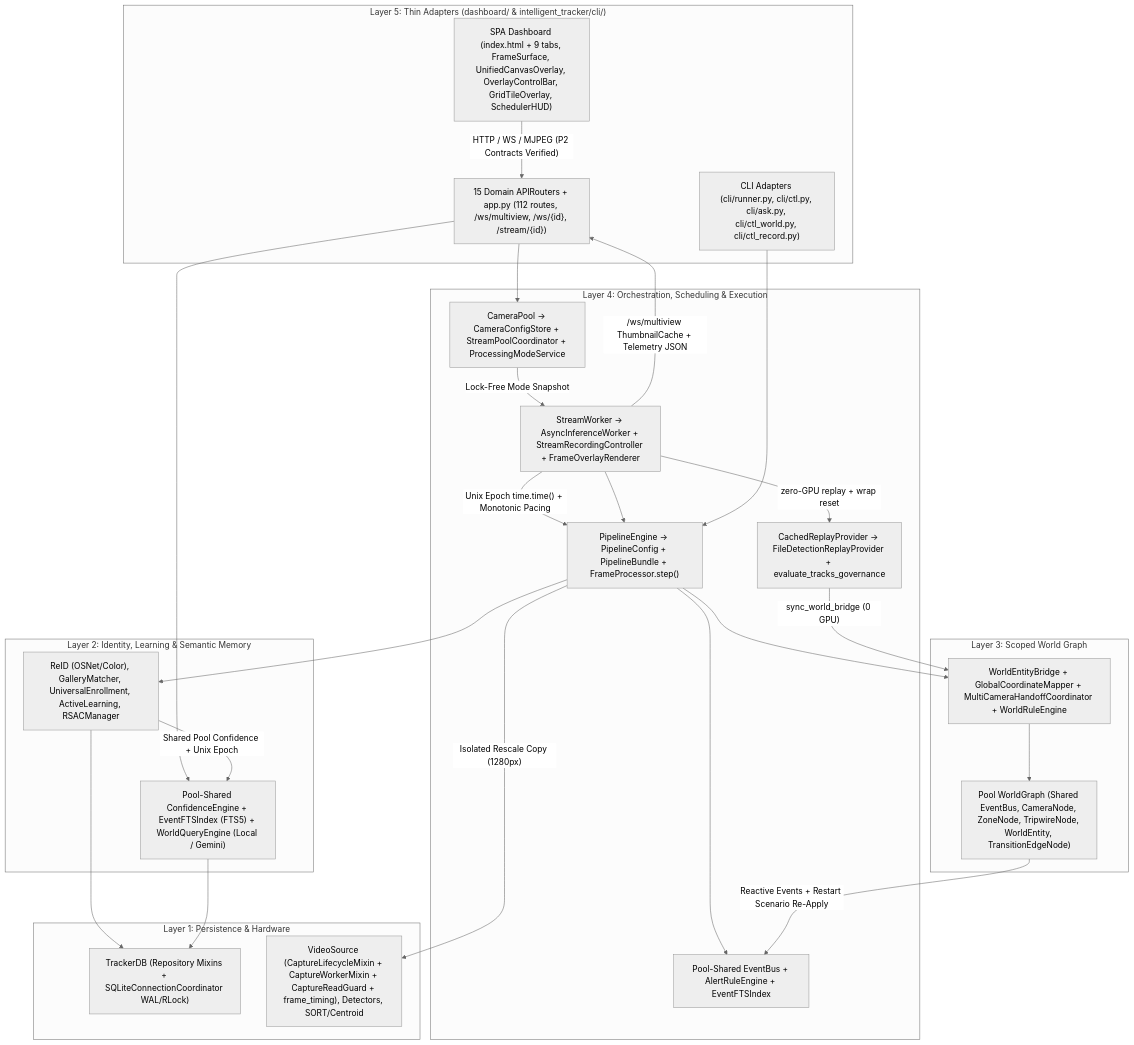
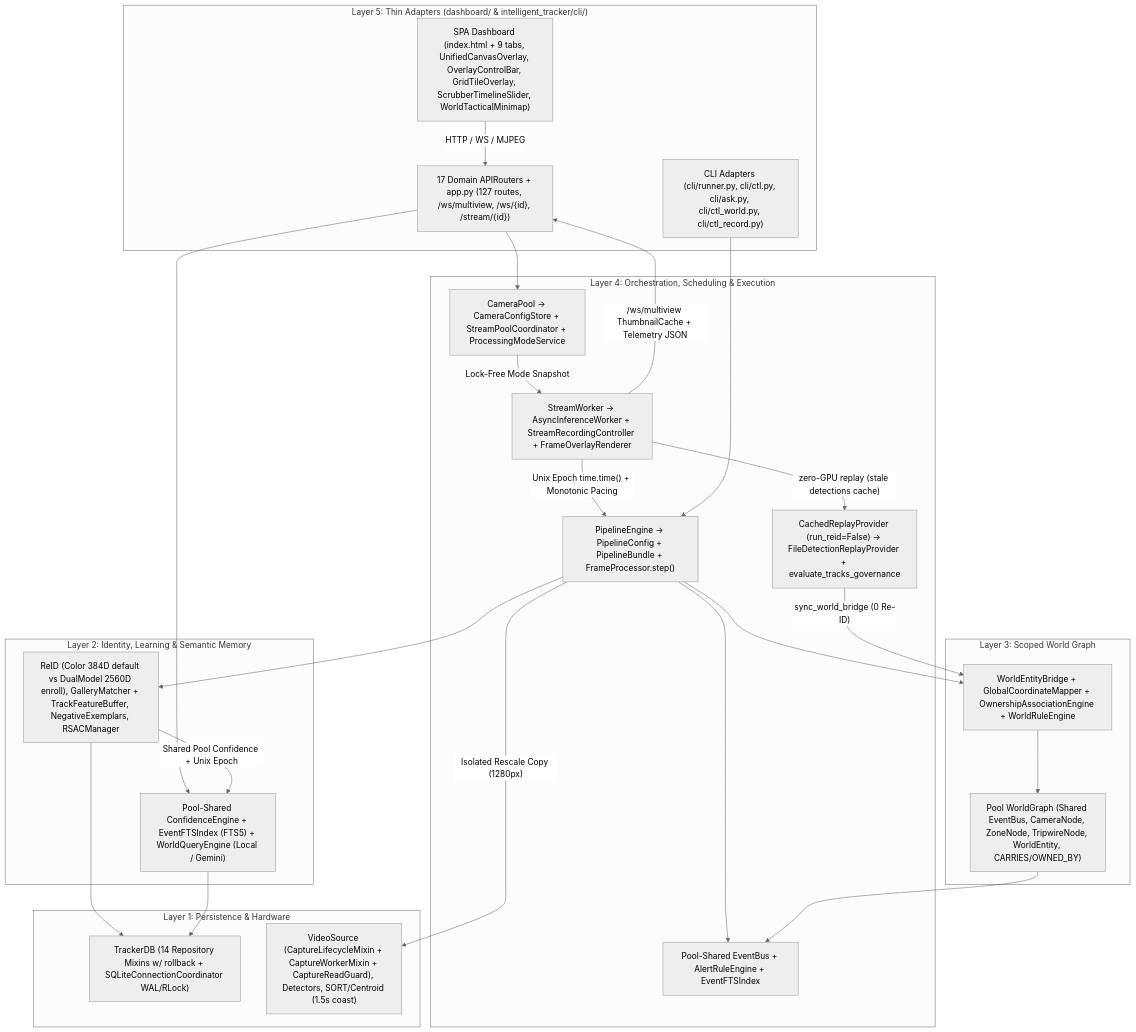
One commit to davtoh/intelligent-tracker changed the diagram in docs/architecture/CURRENT_ARCHITECTURE.md. Above: the diagram before and after it, drawn with Mermaid (neutral theme). The commit also changed other lines of this file and 130 other files, not shown here.

First line of the commit message:
Feature: REID and Treacability unification (#10)

````diff
--- a/docs/architecture/CURRENT_ARCHITECTURE.md
+++ b/docs/architecture/CURRENT_ARCHITECTURE.md
@@ -42,51 +38,50 @@
 ```mermaid
 flowchart TD
     subgraph L5["Layer 5: Thin Adapters (dashboard/ & intelligent_tracker/cli/)"]
-        SPA["SPA Dashboard (index.html + 9 tabs, FrameSurface, UnifiedCanvasOverlay, OverlayControlBar, GridTileOverlay, SchedulerHUD)"]
-        Routers["15 Domain APIRouters + app.py (112 routes, /ws/multiview, /ws/{id}, /stream/{id})"]
+        SPA["SPA Dashboard (index.html + 9 tabs, UnifiedCanvasOverlay, OverlayControlBar, GridTileOverlay, ScrubberTimelineSlider, WorldTacticalMinimap)"]
+        Routers["17 Domain APIRouters + app.py (127 routes, /ws/multiview, /ws/{id}, /stream/{id})"]
         CLI["CLI Adapters (cli/runner.py, cli/ctl.py, cli/ask.py, cli/ctl_world.py, cli/ctl_record.py)"]
     end
 
     subgraph L4["Layer 4: Orchestration, Scheduling & Execution"]
         Pool["CameraPool -> CameraConfigStore + StreamPoolCoordinator + ProcessingModeService"]
         SW["StreamWorker -> AsyncInferenceWorker + StreamRecordingController + FrameOverlayRenderer"]
-        Replay["CachedReplayProvider -> FileDetectionReplayProvider + evaluate_tracks_governance"]
+        Replay["CachedReplayProvider (run_reid=False) -> FileDetectionReplayProvider + evaluate_tracks_governance"]
         PE["PipelineEngine -> PipelineConfig + PipelineBundle + FrameProcessor.step()"]
         Bus["Pool-Shared EventBus + AlertRuleEngine + EventFTSIndex"]
     end
 
     subgraph L3["Layer 3: Scoped World Graph"]
-        WG["Pool WorldGraph (Shared EventBus, CameraNode, ZoneNode, TripwireNode, WorldEntity, TransitionEdgeNode)"]
-        Bridge["WorldEntityBridge + GlobalCoordinateMapper + MultiCameraHandoffCoordinator + WorldRuleEngine"]
+        WG["Pool WorldGraph (Shared EventBus, CameraNode, ZoneNode, TripwireNode, WorldEntity, CARRIES/OWNED_BY)"]
+        Bridge["WorldEntityBridge + GlobalCoordinateMapper + OwnershipAssociationEngine + WorldRuleEngine"]
     end
 
     subgraph L2["Layer 2: Identity, Learning & Semantic Memory"]
-        ID["ReID (OSNet/Color), GalleryMatcher, UniversalEnrollment, ActiveLearning, RSACManager"]
+        ID["ReID (Color 384D default vs DualModel 2560D enroll), GalleryMatcher + TrackFeatureBuffer, NegativeExemplars, RSACManager"]
         Mem["Pool-Shared ConfidenceEngine + EventFTSIndex (FTS5) + WorldQueryEngine (Local / Gemini)"]
     end
 
     subgraph L1["Layer 1: Persistence & Hardware"]
-        DB["TrackerDB (Repository Mixins + SQLiteConnectionCoordinator WAL/RLock)"]
-        CV["VideoSource (CaptureLifecycleMixin + CaptureWorkerMixin + CaptureReadGuard + frame_timing), Detectors, SORT/Centroid"]
+        DB["TrackerDB (14 Repository Mixins w/ rollback + SQLiteConnectionCoordinator WAL/RLock)"]
+        CV["VideoSource (CaptureLifecycleMixin + CaptureWorkerMixin + CaptureReadGuard), Detectors, SORT/Centroid (1.5s coast)"]
     end
 
-    SPA -->|"HTTP / WS / MJPEG (P2 Contracts Verified)"| Routers
+    SPA -->|"HTTP / WS / MJPEG"| Routers
     Routers --> Pool
     Routers --> Mem
     Pool -->|"Lock-Free Mode Snapshot"| SW
     SW -->|"/ws/multiview ThumbnailCache + Telemetry JSON"| Routers
     SW -->|"Unix Epoch time.time() + Monotonic Pacing"| PE
-    SW -->|"zero-GPU replay + wrap reset"| Replay
-    SW --> PE
+    SW -->|"zero-GPU replay (stale detections cache)"| Replay
     CLI --> PE
     PE -->|"Isolated Rescale Copy (1280px)"| CV
     PE --> Bus
     PE --> Bridge
-    Replay -->|"sync_world_bridge (0 GPU)"| Bridge
+    Replay -->|"sync_world_bridge (0 Re-ID)"| Bridge
     Bridge --> WG
-    WG -->|"Reactive Events + Restart Scenario Re-Apply"| Bus
+    WG --> Bus
     PE --> ID
     ID -->|"Shared Pool Confidence + Unix Epoch"| Mem
     ID --> DB
     Mem --> DB
 ```
````
